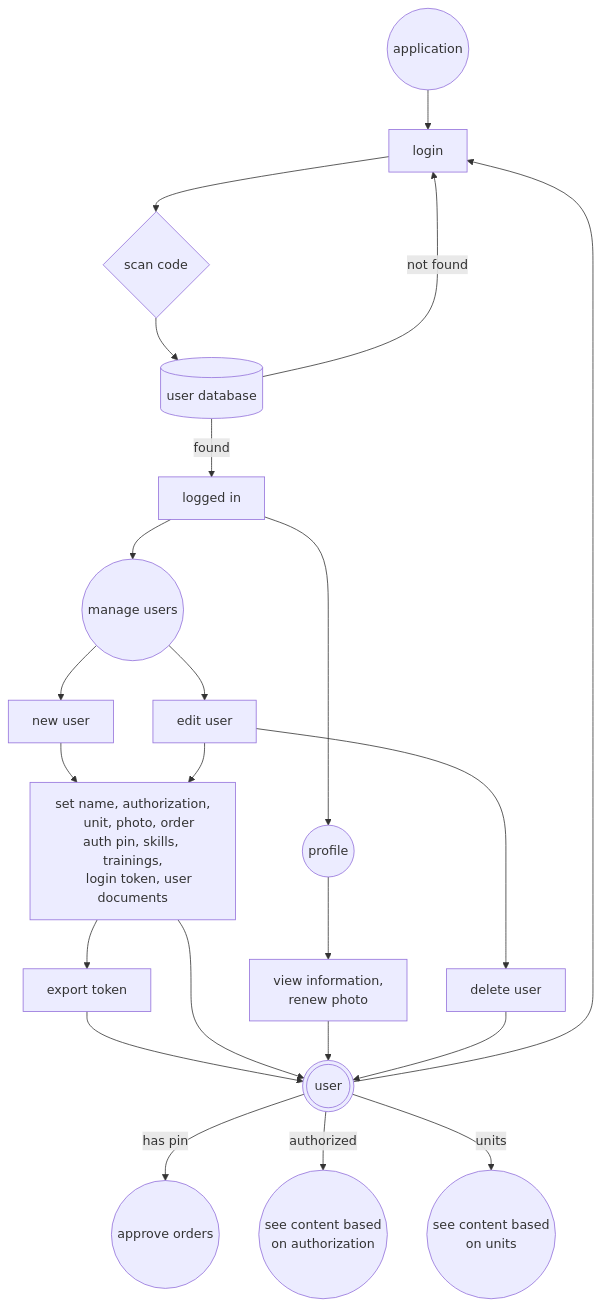
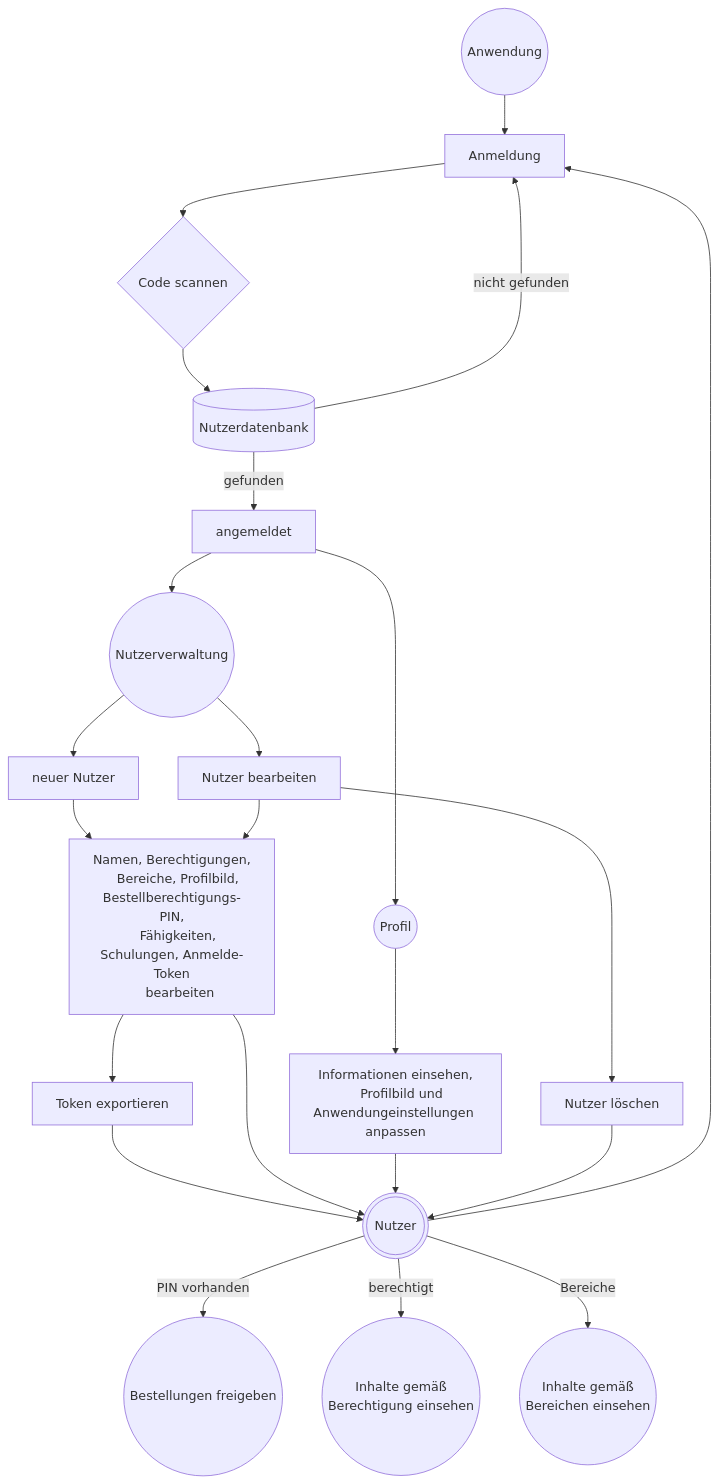
One commit to erroronline1/caro changed the first of 7 diagrams in readme.de.md. Above: the diagram before and after it, drawn with Mermaid. The commit also changed other lines of this file, not shown here.

````diff
--- a/readme.de.md
+++ b/readme.de.md
@@ -274,33 +274,34 @@
 ```mermaid
 graph TD;
-    application((application))-->login[login];
+    application((Anwendung))-->login[Anmeldung];
     login-->scan_code;
-    scan_code{scan code}-->user_db[(user database)];
-    user_db-->|found|logged_in[logged in];
-    user_db-->|not found|login;
-    logged_in-->manage_users((manage users));
-    manage_users-->new_user[new user];
-    manage_users-->edit_user[edit user];
-    new_user-->user_settings["set name, authorization,
-    unit, photo, order auth pin, skills, trainings,
-    login token, user documents"];
+    scan_code{Code scannen}-->user_db[(Nutzerdatenbank)];
+    user_db-->|gefunden|logged_in[angemeldet];
+    user_db-->|nicht gefunden|login;
+    logged_in-->manage_users((Nutzerverwaltung));
+    manage_users-->new_user[neuer Nutzer];
+    manage_users-->edit_user[Nutzer bearbeiten];
+    new_user-->user_settings["Namen, Berechtigungen,
+    Bereiche, Profilbild, Bestellberechtigungs-PIN,
+    Fähigkeiten, Schulungen, Anmelde-Token
+    bearbeiten"];
     edit_user-->user_settings;
-    user_settings-->export_token[export token];
-    export_token-->user(((user)));
+    user_settings-->export_token[Token exportieren];
+    export_token-->user(((Nutzer)));
     user-->login;
     user_settings-->user;
 
-    logged_in-->own_profile((profile));
-    own_profile-->profile["view information,
-    renew photo"];
+    logged_in-->own_profile((Profil));
+    own_profile-->profile["Informationen einsehen,
+    Profilbild und Anwendungeinstellungen anpassen"];
     profile-->user;
 
-    edit_user-->delete_user[delete user];
+    edit_user-->delete_user[Nutzer löschen];
     delete_user-->user;
 
-    user-->|has pin|orders((approve orders))
-    user-->|authorized|authorized(("see content based
-    on authorization"))
-    user-->|units|units(("see content based
-    on units"))
+    user-->|PIN vorhanden|orders((Bestellungen freigeben))
+    user-->|berechtigt|authorized(("Inhalte gemäß
+    Berechtigung einsehen"))
+    user-->|Bereiche|units(("Inhalte gemäß
+    Bereichen einsehen"))
 ```
````
